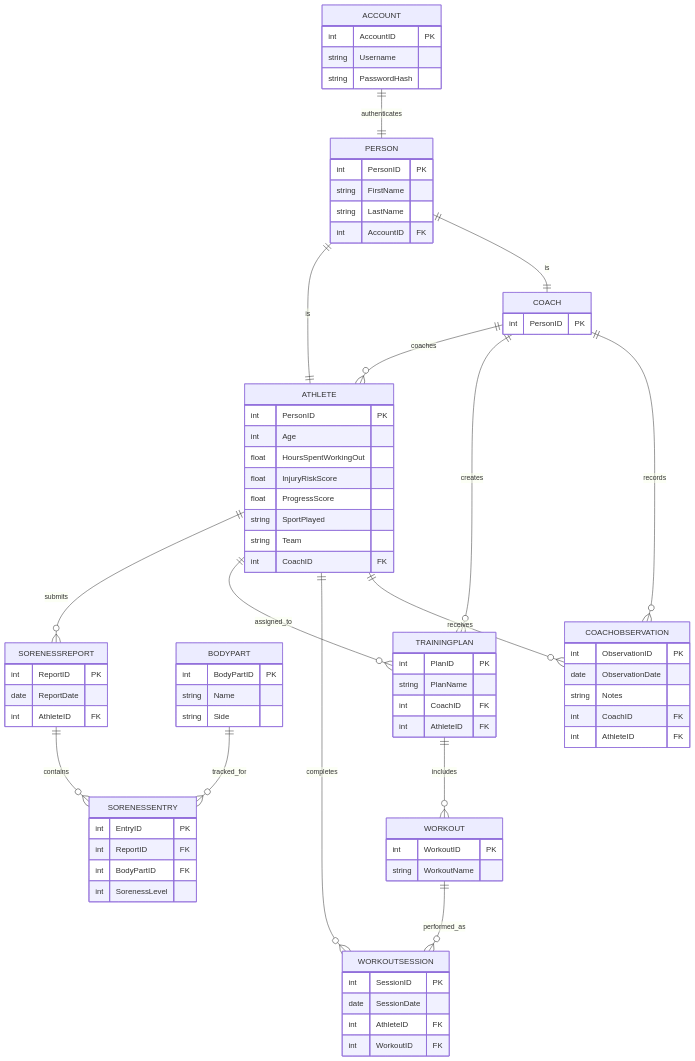
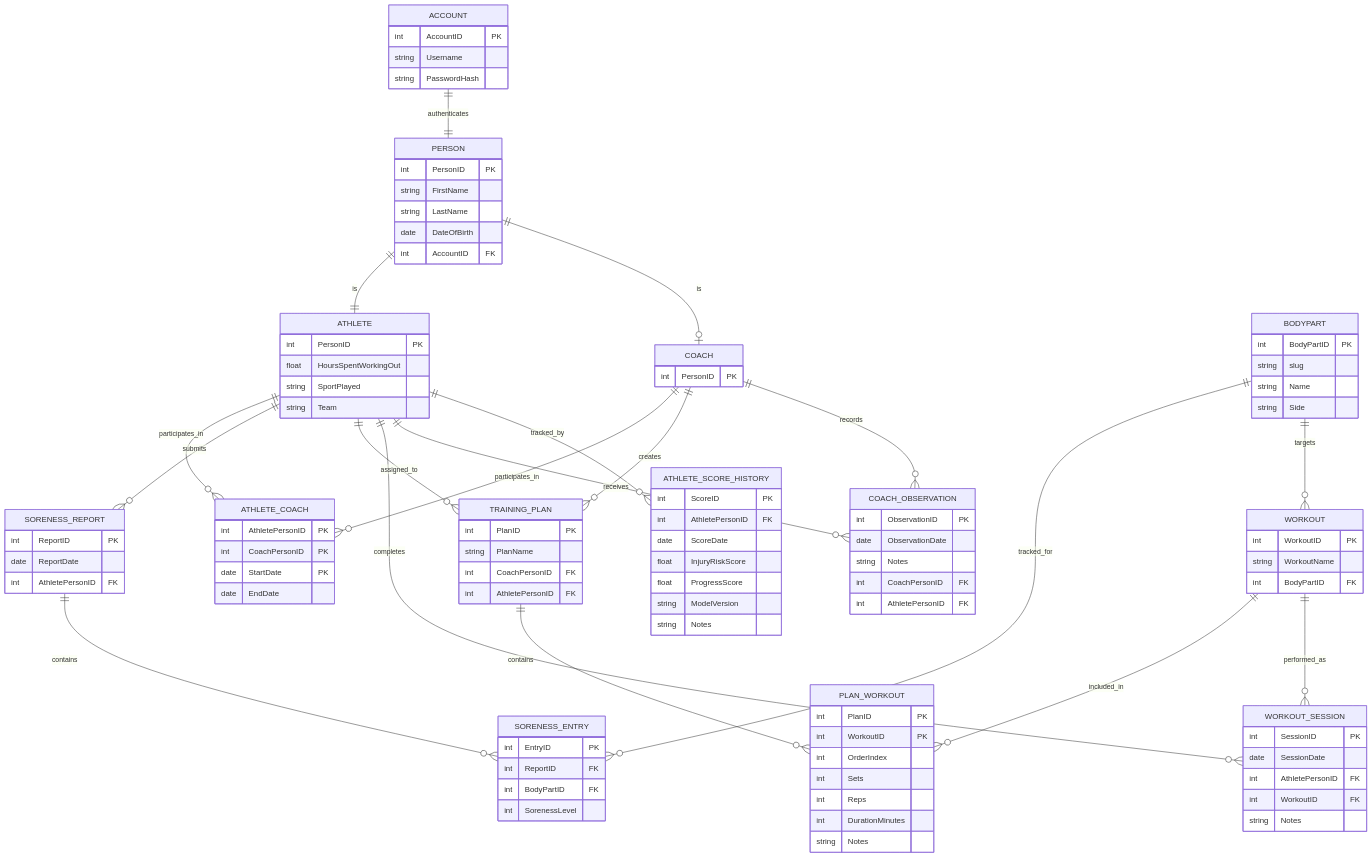
Before and after one commit to ms-sparkle/FreeFuse---Interactive-Video-Controlled-Retail-Automation-System: the diagram in P3NewUI/my-next-app/app/Database/database-design.md, drawn with Mermaid. The commit also changed other lines of this file and 14 other files, not shown here.

````diff
--- a/P3NewUI/my-next-app/app/Database/database-design.md
+++ b/P3NewUI/my-next-app/app/Database/database-design.md
@@ -18,85 +18,119 @@
         int PersonID PK
         string FirstName
         string LastName
+        date DateOfBirth
         int AccountID FK
     }
 
     ATHLETE {
         int PersonID PK
-        int Age
         float HoursSpentWorkingOut
-        float InjuryRiskScore
-        float ProgressScore
         string SportPlayed
         string Team
-        int CoachID FK
     }
 
     COACH {
         int PersonID PK
     }
 
-    SORENESSREPORT {
+    ATHLETE_COACH {
+        int AthletePersonID PK
+        int CoachPersonID PK
+        date StartDate PK
+        date EndDate
+    }
+
+    BODYPART {
+        int BodyPartID PK
+        string slug
+        string Name
+        string Side
+    }
+
+    WORKOUT {
+        int WorkoutID PK
+        string WorkoutName
+        int BodyPartID FK
+    }
+
+    SORENESS_REPORT {
         int ReportID PK
         date ReportDate
-        int AthleteID FK
+        int AthletePersonID FK
     }
 
-    SORENESSENTRY {
+    SORENESS_ENTRY {
         int EntryID PK
         int ReportID FK
         int BodyPartID FK
         int SorenessLevel
     }
 
-    BODYPART {
-        int BodyPartID PK
-        string Name
-        string Side
+    TRAINING_PLAN {
+        int PlanID PK
+        string PlanName
+        int CoachPersonID FK
+        int AthletePersonID FK
     }
 
-    TRAININGPLAN {
+    PLAN_WORKOUT {
         int PlanID PK
-        string PlanName
-        int CoachID FK
-        int AthleteID FK
+        int WorkoutID PK
+        int OrderIndex
+        int Sets
+        int Reps
+        int DurationMinutes
+        string Notes
     }
 
-    WORKOUT {
-        int WorkoutID PK
-        string WorkoutName
+    WORKOUT_SESSION {
+        int SessionID PK
+        date SessionDate
+        int AthletePersonID FK
+        int WorkoutID FK
+        string Notes
     }
 
-    WORKOUTSESSION {
-        int SessionID PK
-        date SessionDate
-        int AthleteID FK
-        int WorkoutID FK
-    }
-
-    COACHOBSERVATION {
+    COACH_OBSERVATION {
         int ObservationID PK
         date ObservationDate
         string Notes
-        int CoachID FK
-        int AthleteID FK
+        int CoachPersonID FK
+        int AthletePersonID FK
+    }
+
+    ATHLETE_SCORE_HISTORY {
+        int ScoreID PK
+        int AthletePersonID FK
+        date ScoreDate
+        float InjuryRiskScore
+        float ProgressScore
+        string ModelVersion
+        string Notes
     }
 
     ACCOUNT ||--|| PERSON : authenticates
     PERSON ||--|| ATHLETE : is
-    PERSON ||--|| COACH : is
+    PERSON ||--o| COACH : is
 
-    COACH ||--o{ ATHLETE : coaches
-    ATHLETE ||--o{ SORENESSREPORT : submits
-    SORENESSREPORT ||--o{ SORENESSENTRY : contains
-    BODYPART ||--o{ SORENESSENTRY : tracked_for
+    ATHLETE ||--o{ ATHLETE_COACH : participates_in
+    COACH ||--o{ ATHLETE_COACH : participates_in
 
-    COACH ||--o{ TRAININGPLAN : creates
-    ATHLETE ||--o{ TRAININGPLAN : assigned_to
-    TRAININGPLAN ||--o{ WORKOUT : includes
-    WORKOUT ||--o{ WORKOUTSESSION : performed_as
-    ATHLETE ||--o{ WORKOUTSESSION : completes
+    ATHLETE ||--o{ SORENESS_REPORT : submits
+    SORENESS_REPORT ||--o{ SORENESS_ENTRY : contains
+    BODYPART ||--o{ SORENESS_ENTRY : tracked_for
+    BODYPART ||--o{ WORKOUT : targets
 
-    COACH ||--o{ COACHOBSERVATION : records
-    ATHLETE ||--o{ COACHOBSERVATION : receives
+    COACH ||--o{ TRAINING_PLAN : creates
+    ATHLETE ||--o{ TRAINING_PLAN : assigned_to
+    TRAINING_PLAN ||--o{ PLAN_WORKOUT : contains
+    WORKOUT ||--o{ PLAN_WORKOUT : included_in
+
+    ATHLETE ||--o{ WORKOUT_SESSION : completes
+    WORKOUT ||--o{ WORKOUT_SESSION : performed_as
+
+    COACH ||--o{ COACH_OBSERVATION : records
+    ATHLETE ||--o{ COACH_OBSERVATION : receives
+
+    ATHLETE ||--o{ ATHLETE_SCORE_HISTORY : tracked_by
 ```
````
